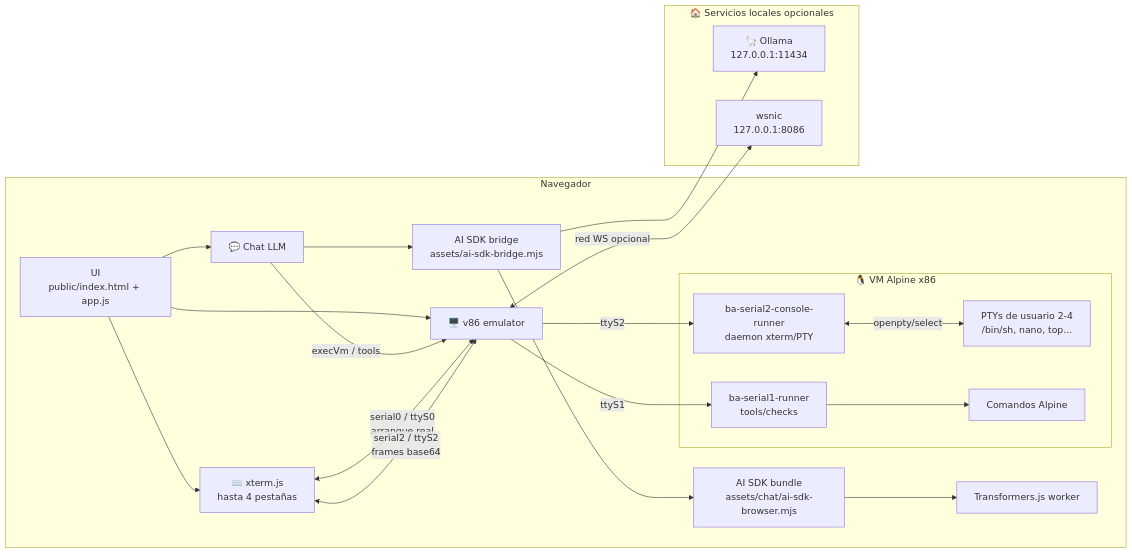
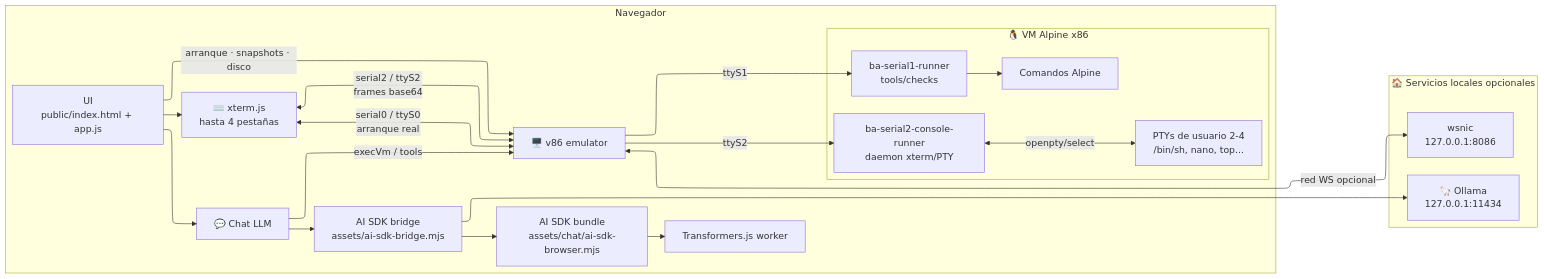
The diagram in docs/ARCHITECTURE.md (Len4m/browser-agent-v86-poc), drawn with Mermaid before and after one commit.

Commit message:
Update ARCHITECTURE.md to enhance flowchart structure and clarity. Added configuration for layout and node placement strategy, improved component connections, and ensured consistent directionality in subgraphs for better visual representation.

````diff
--- a/docs/ARCHITECTURE.md
+++ b/docs/ARCHITECTURE.md
@@ -9,40 +9,54 @@
 ```mermaid
+---
+config:
+  layout: elk
+  elk:
+    nodePlacementStrategy: BRANDES_KOEPF
+    considerModelOrder: NODES_AND_EDGES
+---
 flowchart LR
   subgraph Browser["Navegador"]
+    direction TB
     UI["UI<br/>public/index.html + app.js"]
+    Chat["💬 Chat LLM"]
     Xterm["⌨️ xterm.js<br/>hasta 4 pestañas"]
-    Chat["💬 Chat LLM"]
     Bridge["AI SDK bridge<br/>assets/ai-sdk-bridge.mjs"]
     AiBundle["AI SDK bundle<br/>assets/chat/ai-sdk-browser.mjs"]
     Worker["Transformers.js worker"]
     V86["🖥️ v86 emulator"]
 
     subgraph VM["🐧 VM Alpine x86"]
-      PTY["PTYs de usuario 2-4<br/>/bin/sh, nano, top..."]
+      direction TB
       S1["ba-serial1-runner<br/>tools/checks"]
       S2["ba-serial2-console-runner<br/>daemon xterm/PTY"]
+      PTY["PTYs de usuario 2-4<br/>/bin/sh, nano, top..."]
       Tools["Comandos Alpine"]
     end
   end
 
   subgraph Local["🏠 Servicios locales opcionales"]
+    direction TB
     Ollama["🦙 Ollama<br/>127.0.0.1:11434"]
     Wsnic["wsnic<br/>127.0.0.1:8086"]
   end
 
   UI --> Chat
   UI --> Xterm
-  UI --> V86
+  UI -->|"arranque · snapshots · disco"| V86
+
   Chat --> Bridge
   Bridge --> AiBundle
   AiBundle --> Worker
   Bridge --> Ollama
+
   Chat -->|"execVm / tools"| V86
   Xterm <-->|"serial0 / ttyS0<br/>arranque real"| V86
   Xterm <-->|"serial2 / ttyS2<br/>frames base64"| V86
+
   V86 -->|"ttyS1"| S1
   S1 --> Tools
   V86 -->|"ttyS2"| S2
   S2 <-->|"openpty/select"| PTY
+
   V86 <-->|"red WS opcional"| Wsnic
 ```
````
